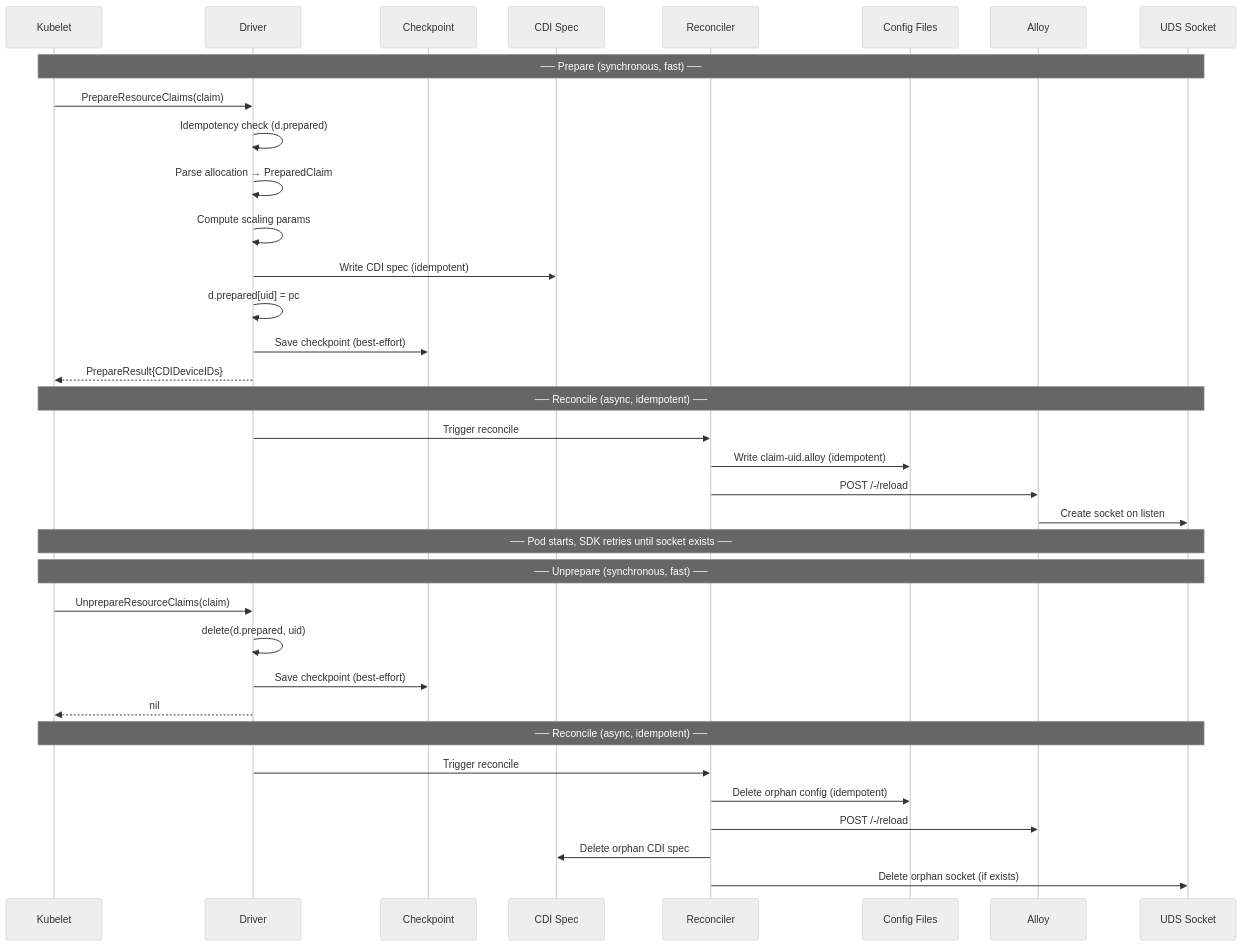
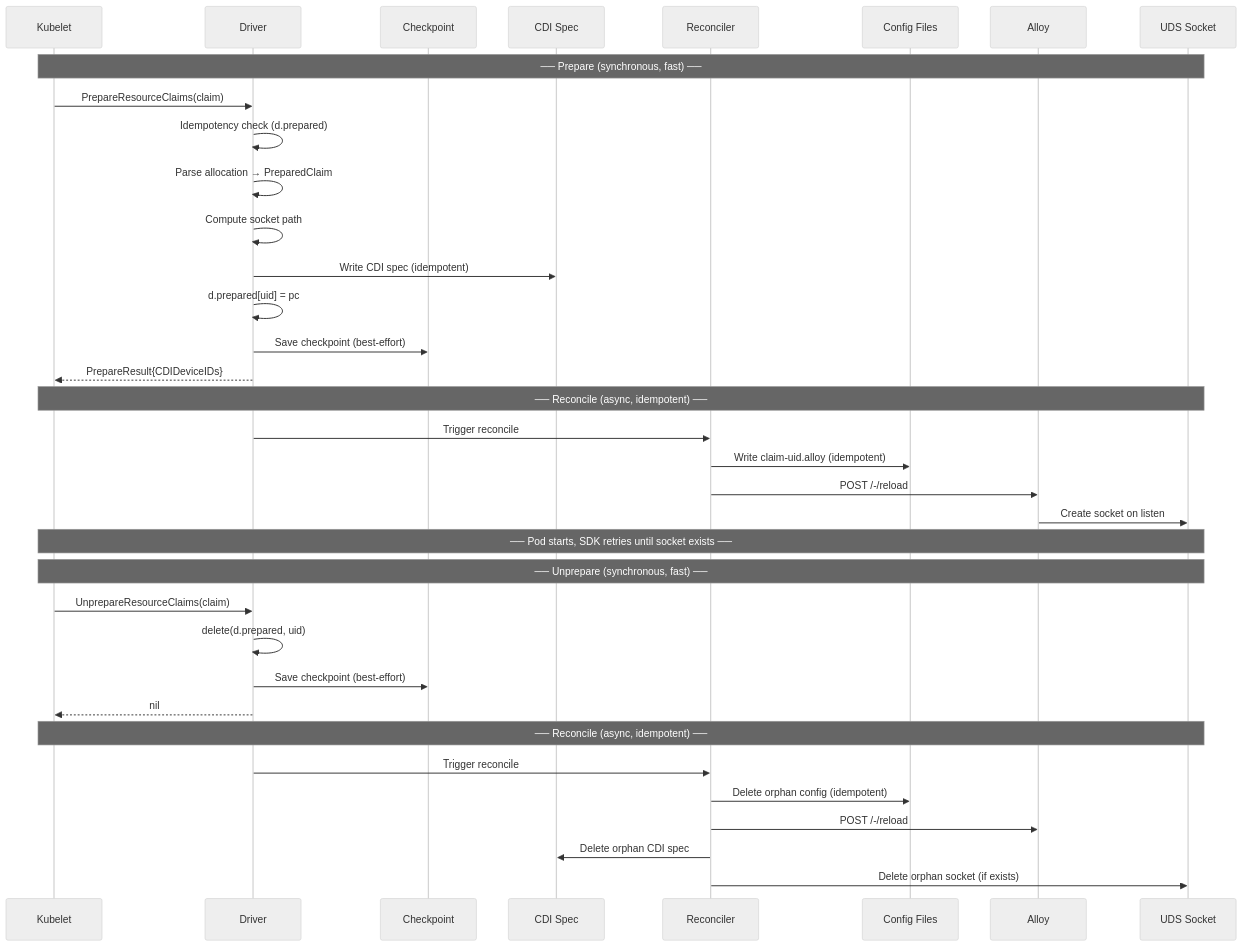
One commit to abhinavdahiya/k8s-dra-driver-trace-collector changed the third of 4 diagrams in specs/001-alloy-listener-management.md. Above: the diagram before and after it, drawn with Mermaid (neutral theme). The commit also changed other lines of this file and 7 other files, not shown here.

First line of the commit message:
Sync spec diagrams and text with code after refactoring

````diff
--- a/specs/001-alloy-listener-management.md
+++ b/specs/001-alloy-listener-management.md
@@ -866,46 +866,46 @@
 ```mermaid
 sequenceDiagram
     participant K as Kubelet
     participant D as Driver
     participant CP as Checkpoint
     participant CDI as CDI Spec
     participant R as Reconciler
     participant CF as Config Files
     participant A as Alloy
     participant SK as UDS Socket
 
     Note over K,SK: ── Prepare (synchronous, fast) ──
 
     K->>D: PrepareResourceClaims(claim)
     D->>D: Idempotency check (d.prepared)
     D->>D: Parse allocation → PreparedClaim
-    D->>D: Compute scaling params
+    D->>D: Compute socket path
     D->>CDI: Write CDI spec (idempotent)
     D->>D: d.prepared[uid] = pc
     D->>CP: Save checkpoint (best-effort)
     D-->>K: PrepareResult{CDIDeviceIDs}
 
     Note over K,SK: ── Reconcile (async, idempotent) ──
 
     D->>R: Trigger reconcile
     R->>CF: Write claim-uid.alloy (idempotent)
     R->>A: POST /-/reload
     A->>SK: Create socket on listen
 
     Note over K,SK: ── Pod starts, SDK retries until socket exists ──
 
     Note over K,SK: ── Unprepare (synchronous, fast) ──
 
     K->>D: UnprepareResourceClaims(claim)
     D->>D: delete(d.prepared, uid)
     D->>CP: Save checkpoint (best-effort)
     D-->>K: nil
 
     Note over K,SK: ── Reconcile (async, idempotent) ──
 
     D->>R: Trigger reconcile
     R->>CF: Delete orphan config (idempotent)
     R->>A: POST /-/reload
     R->>CDI: Delete orphan CDI spec
     R->>SK: Delete orphan socket (if exists)
 ```
````
